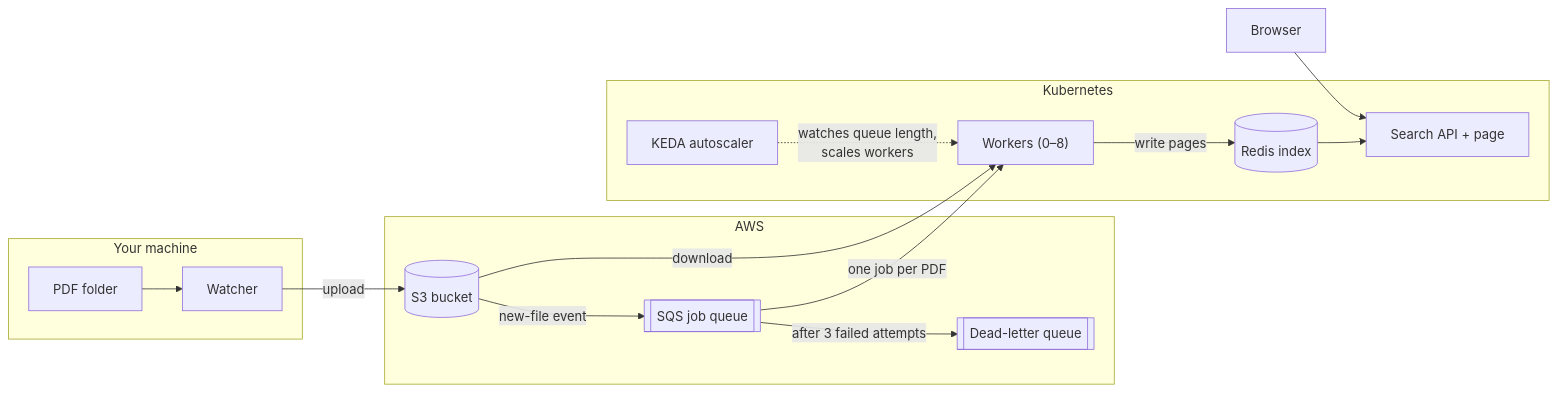
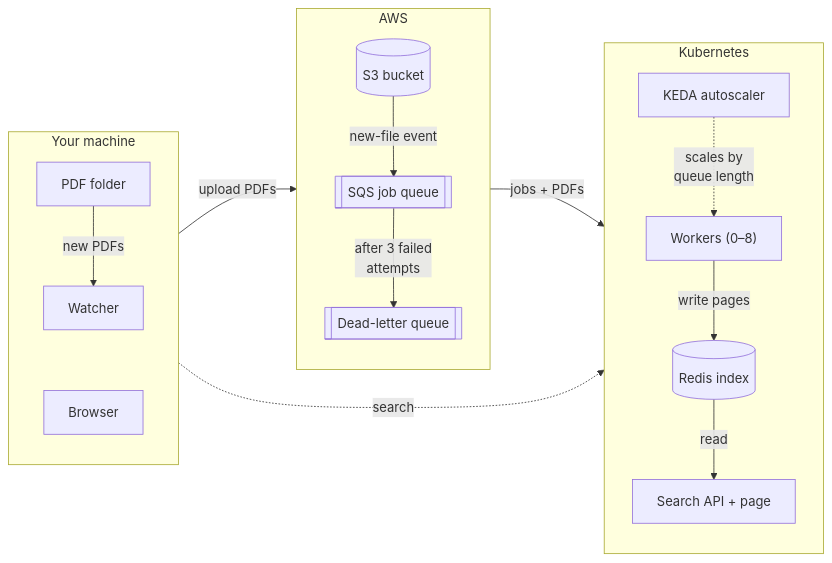
One commit to ahmet-cskn/distributed-pdf-search changed the diagram in README.md. Above: the diagram before and after it, drawn with Mermaid.

Commit message:
restructured the architecture diagram

````diff
--- a/README.md
+++ b/README.md
@@ -25,26 +25,22 @@
 ```mermaid
 flowchart LR
     subgraph host["Your machine"]
-        folder["PDF folder"] --> watcher["Watcher"]
+        direction TB
+        folder["PDF folder"] -- "new PDFs" --> watcher["Watcher"]
+        watcher ~~~ browser["Browser"]
     end
     subgraph aws["AWS"]
-        s3[("S3 bucket")]
-        sqs[["SQS job queue"]]
-        dlq[["Dead-letter queue"]]
+        direction TB
+        s3[("S3 bucket")] -- "new-file event" --> sqs[["SQS job queue"]]
+        sqs -- "after 3 failed<br/>attempts" --> dlq[["Dead-letter queue"]]
     end
     subgraph k8s["Kubernetes"]
-        keda["KEDA autoscaler"]
-        workers["Workers (0–8)"]
-        redis[("Redis index")]
-        api["Search API + page"]
+        direction TB
+        keda["KEDA autoscaler"] -. "scales by<br/>queue length" .-> workers["Workers (0–8)"]
+        workers -- "write pages" --> redis[("Redis index")]
+        redis -- "read" --> api["Search API + page"]
     end
-    watcher -- "upload" --> s3
-    s3 -- "new-file event" --> sqs
-    sqs -- "one job per PDF" --> workers
-    sqs -- "after 3 failed attempts" --> dlq
-    s3 -- "download" --> workers
-    keda -.->|"watches queue length,<br/>scales workers"| workers
-    workers -- "write pages" --> redis
-    redis --> api
-    browser["Browser"] --> api
+    host -- "upload PDFs" --> aws
+    aws -- "jobs + PDFs" --> k8s
+    host -. "search" .-> k8s
 ```
````
